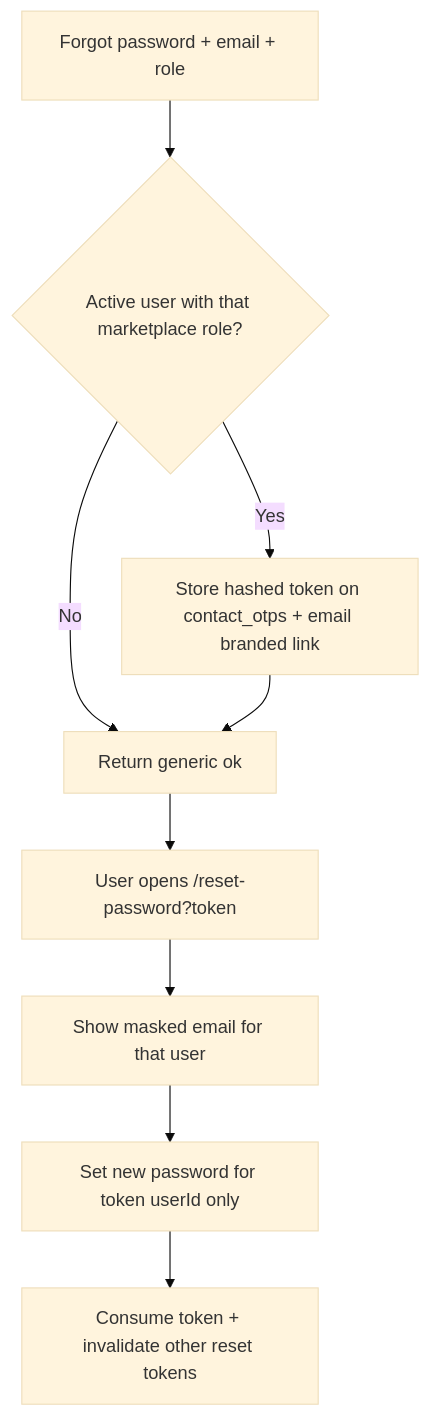
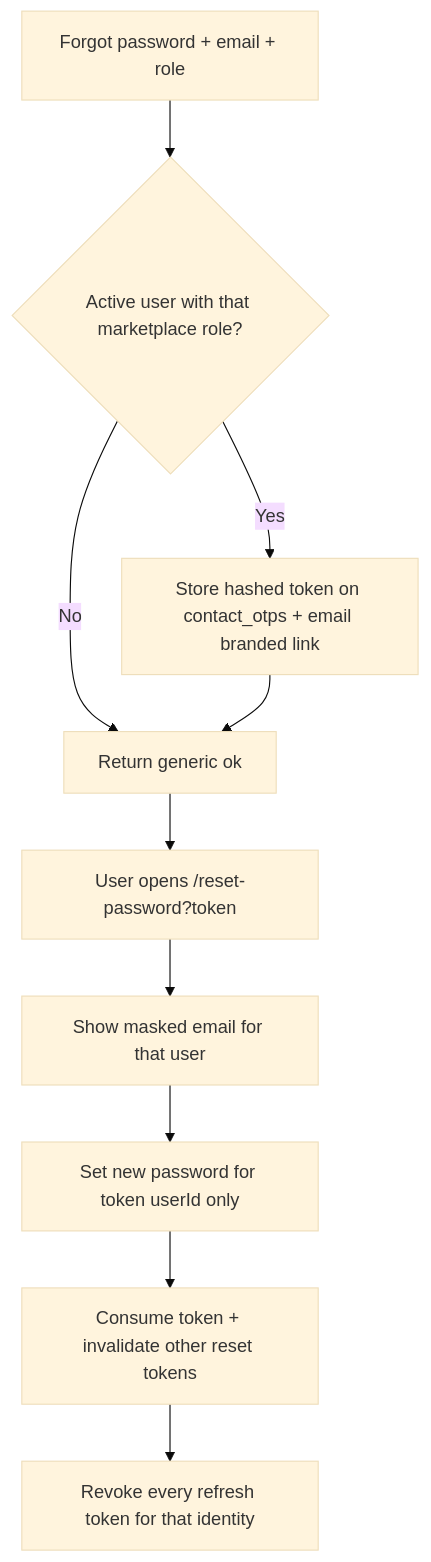
One commit to nilvbs/virtualbuildingstudio-build-monorepo changed the fourth of 8 diagrams in docs/BUSINESS_LOGIC.md. Above: the diagram before and after it, drawn with Mermaid (base theme). The commit also changed other lines of this file and 39 other files, not shown here.

````diff
--- a/docs/BUSINESS_LOGIC.md
+++ b/docs/BUSINESS_LOGIC.md
@@ -85,11 +85,12 @@
 ```mermaid
 flowchart TD
   Forgot["Forgot password + email + role"] --> Exists{"Active user with that marketplace role?"}
   Exists -->|No| SameOk["Return generic ok"]
   Exists -->|Yes| Issue["Store hashed token on contact_otps + email branded link"]
   Issue --> SameOk
   SameOk --> Open["User opens /reset-password?token"]
   Open --> Peek["Show masked email for that user"]
   Peek --> Save["Set new password for token userId only"]
   Save --> Consume["Consume token + invalidate other reset tokens"]
+  Consume --> SignOut["Revoke every refresh token for that identity"]
 ```
````
